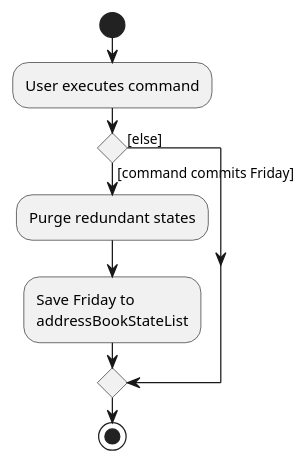
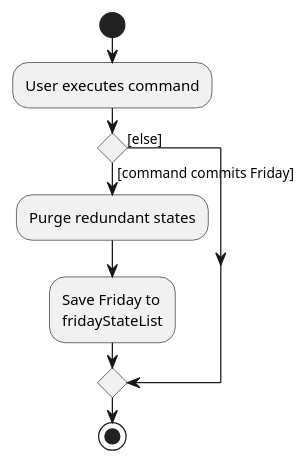
The diagram in docs/diagrams/CommitActivityDiagram.puml (nus-cs2103-AY2223S1/tp), drawn with PlantUML before and after one commit. The commit also changed 4 other files, not shown here.

```diff
--- a/docs/diagrams/CommitActivityDiagram.puml
+++ b/docs/diagrams/CommitActivityDiagram.puml
@@ -1,15 +1,15 @@
 @startuml
 start
 :User executes command;
 
 'Since the beta syntax does not support placing the condition outside the
 'diamond we place it as the true branch instead.
 
 if () then ([command commits Friday])
     :Purge redundant states;
     :Save Friday to
-    addressBookStateList;
+    fridayStateList;
 else ([else])
 endif
 stop
 @enduml
```
